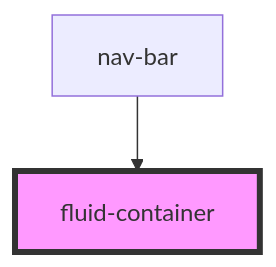
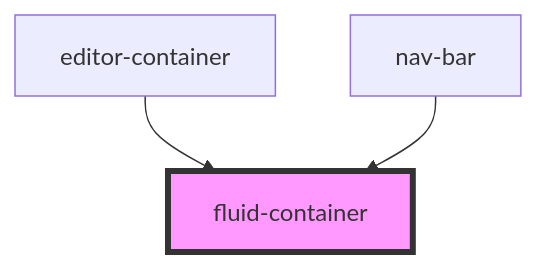
One commit to techvariable/NeptuneConnectComponents changed the diagram in src/components/fluid-container/readme.md. Above: the diagram before and after it, drawn with Mermaid. The commit also changed other lines of this file and 10 other files, not shown here.

````diff
--- a/src/components/fluid-container/readme.md
+++ b/src/components/fluid-container/readme.md
@@ -22,5 +23,6 @@
 ```mermaid
 graph TD;
+  editor-container --> fluid-container
   nav-bar --> fluid-container
   style fluid-container fill:#f9f,stroke:#333,stroke-width:4px
 ```
````
